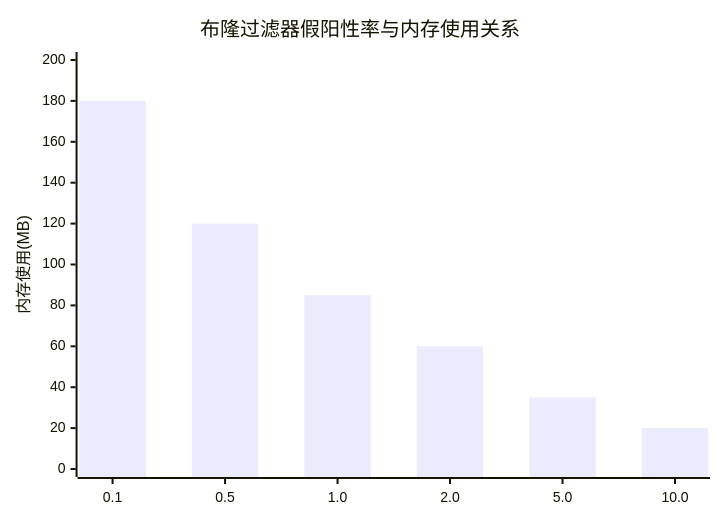
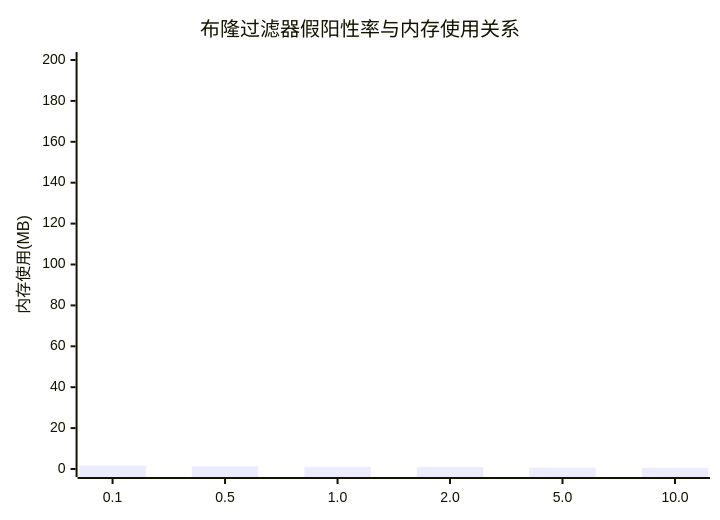
One commit to crazypenguincode/duckdb changed the eighth of 25 diagrams in md_update/第五章-实验与分析.md. Above: the diagram before and after it, drawn with Mermaid. The commit also changed other lines of this file and 13 other files, not shown here.

````diff
--- a/md_update/第五章-实验与分析.md
+++ b/md_update/第五章-实验与分析.md
@@ -256,7 +256,7 @@
 ```mermaid
 xychart-beta
     title "布隆过滤器假阳性率与内存使用关系"
     x-axis [0.1, 0.5, 1.0, 2.0, 5.0, 10.0]
     y-axis "内存使用(MB)" 0 --> 200
-    bar [180, 120, 85, 60, 35, 20]
+    bar [1.7, 1.3, 1.1, 1.0, 0.7, 0.6]
 ```
````
